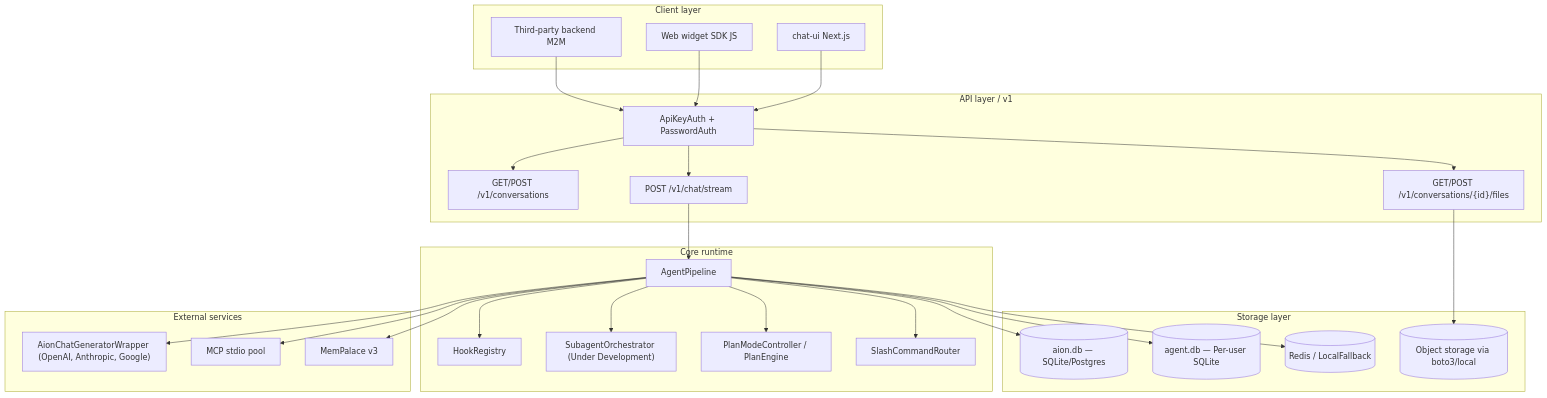
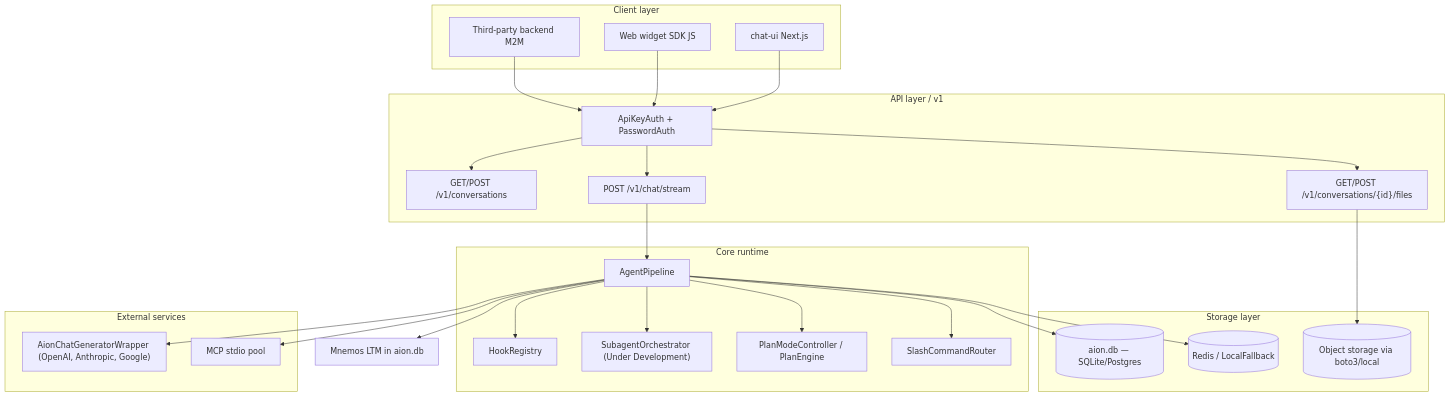
The diagram in docs/architecture/overview.md (AION-by-ASA-Computer/AION_Agent), drawn with Mermaid before and after one commit. The commit also changed other lines of this file and 137 other files, not shown here.

````diff
--- a/docs/architecture/overview.md
+++ b/docs/architecture/overview.md
@@ -23,58 +27,55 @@
 ```mermaid
 flowchart TB
     subgraph Clients["Client layer"]
         CHATUI[chat-ui Next.js]
         WIDGET[Web widget SDK JS]
         M2M[Third-party backend M2M]
     end
 
     subgraph API["API layer / v1"]
         AUTH[ApiKeyAuth + PasswordAuth]
         CONV["GET/POST /v1/conversations"]
         CHAT["POST /v1/chat/stream"]
         FILES["GET/POST /v1/conversations/{id}/files"]
     end
 
     subgraph Core["Core runtime"]
         HOOKS[HookRegistry]
         PIPE[AgentPipeline]
         SUBAG["SubagentOrchestrator (Under Development)"]
         PLAN[PlanModeController / PlanEngine]
         SLASH[SlashCommandRouter]
     end
 
     subgraph Storage["Storage layer"]
         AIONDB[(aion.db — SQLite/Postgres)]
-        USERDB[(agent.db — Per-user SQLite)]
         REDIS[(Redis / LocalFallback)]
         OBJ[(Object storage via boto3/local)]
     end
 
     subgraph External["External services"]
         LLM["AionChatGeneratorWrapper (OpenAI, Anthropic, Google)"]
         MCP[MCP stdio pool]
-        MEMP[MemPalace v3]
     end
 
     CHATUI --> AUTH
     WIDGET --> AUTH
     M2M --> AUTH
 
     AUTH --> CONV
     AUTH --> CHAT
     AUTH --> FILES
 
     CHAT --> PIPE
     PIPE --> HOOKS
     PIPE --> SUBAG
     PIPE --> SLASH
     PIPE --> PLAN
 
     PIPE --> AIONDB
-    PIPE --> USERDB
     PIPE --> REDIS
     FILES --> OBJ
     PIPE --> MCP
     PIPE --> LLM
-    PIPE --> MEMP
+    PIPE --> MNEMOS[Mnemos LTM in aion.db]
 ```
````
